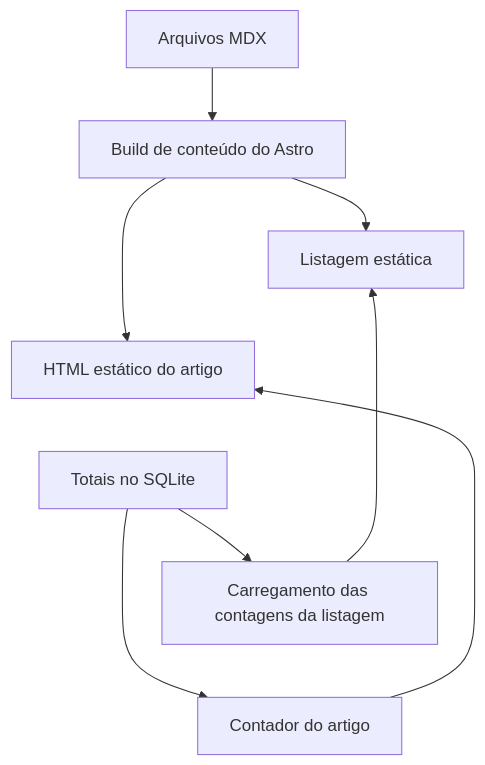
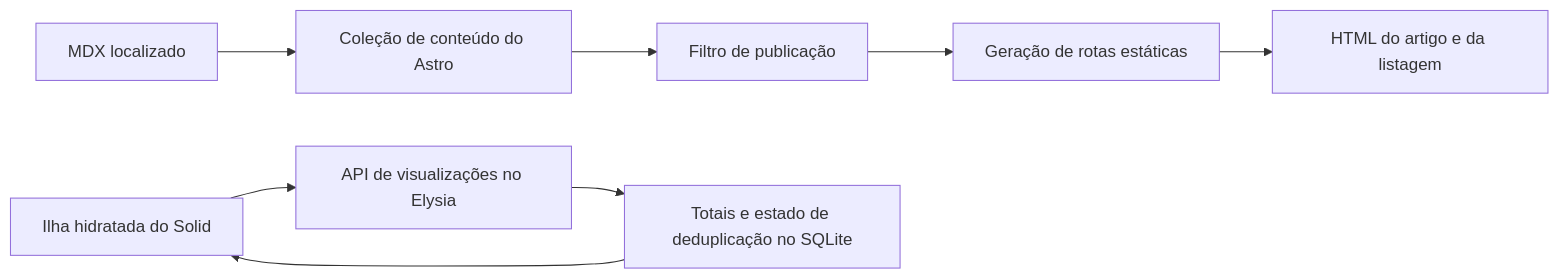
Before and after one commit to ErickCReis/ErickCReis: the diagram in web/content/blog/the-blog-layer-static-pages-live-view-counts.pt-BR.mdx, drawn with Mermaid. The commit also changed other lines of this file and 33 other files, not shown here.

````diff
--- a/web/content/blog/the-blog-layer-static-pages-live-view-counts.pt-BR.mdx
+++ b/web/content/blog/the-blog-layer-static-pages-live-view-counts.pt-BR.mdx
@@ -14,13 +10,11 @@
 ```mermaid center
-flowchart TB
-  MDX["Arquivos MDX"] --> Build["Build de conteúdo do Astro"]
-  Build --> Archive["Listagem estática"]
-  Build --> Article["HTML estático do artigo"]
-  Archive ~~~ Article
-  SQLite["Totais no SQLite"] --> ReadIsland["Carregamento das contagens da listagem"]
-  SQLite --> CountIsland["Contador do artigo"]
-  Article ~~~ SQLite
-  ReadIsland ~~~ CountIsland
-  ReadIsland --> Archive
-  CountIsland --> Article
+flowchart LR
+  MDX["MDX localizado"] --> Collection["Coleção de conteúdo do Astro"]
+  Collection --> Filter["Filtro de publicação"]
+  Filter --> Paths["Geração de rotas estáticas"]
+  Paths --> HTML["HTML do artigo e da listagem"]
+
+  Browser["Ilha hidratada do Solid"] --> API["API de visualizações no Elysia"]
+  API --> SQLite["Totais e estado de deduplicação no SQLite"]
+  SQLite --> Browser
 ```
````
